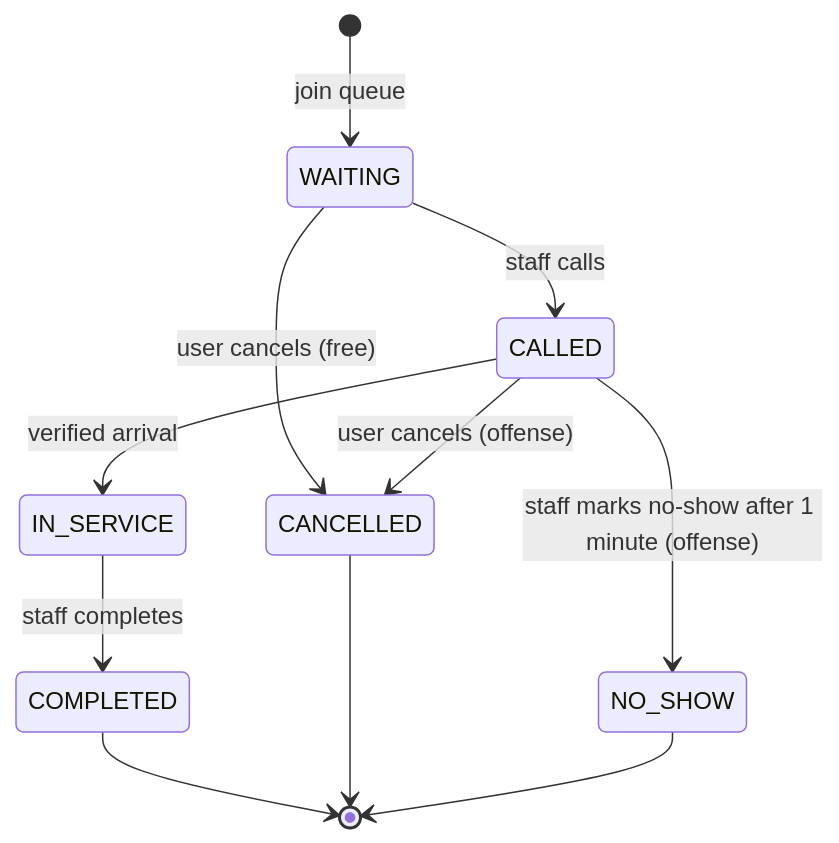
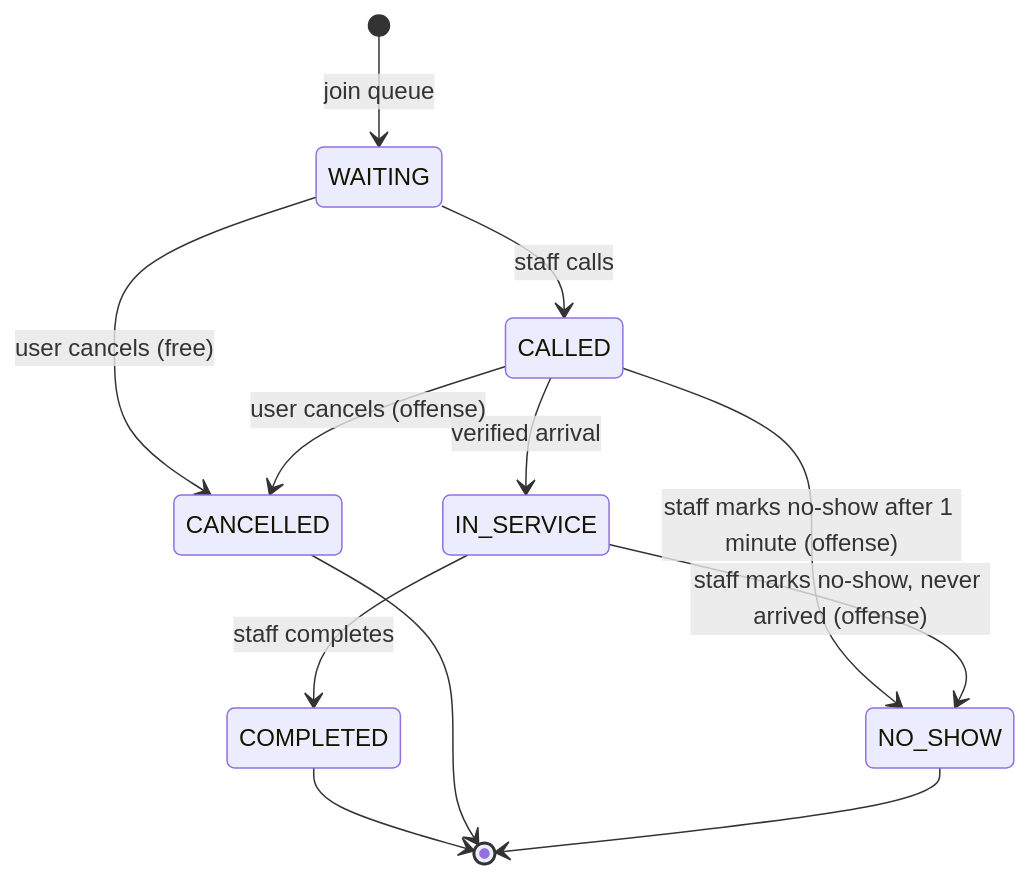
The first of 4 diagrams in KnowledgeBase/QAMPUS_PRD.md (Az-Zav/QAMPUS), drawn with Mermaid before and after one commit. The commit also changed other lines of this file, not shown here.

````diff
--- a/KnowledgeBase/QAMPUS_PRD.md
+++ b/KnowledgeBase/QAMPUS_PRD.md
@@ -131,13 +138,14 @@
 ```mermaid
 stateDiagram-v2
     [*] --> WAITING: join queue
     WAITING --> CALLED: staff calls
     WAITING --> CANCELLED: user cancels (free)
     CALLED --> IN_SERVICE: verified arrival
     CALLED --> CANCELLED: user cancels (offense)
     CALLED --> NO_SHOW: staff marks no-show after 1 minute (offense)
     IN_SERVICE --> COMPLETED: staff completes
+    IN_SERVICE --> NO_SHOW: staff marks no-show, never arrived (offense)
     COMPLETED --> [*]
     CANCELLED --> [*]
     NO_SHOW --> [*]
 ```
````
